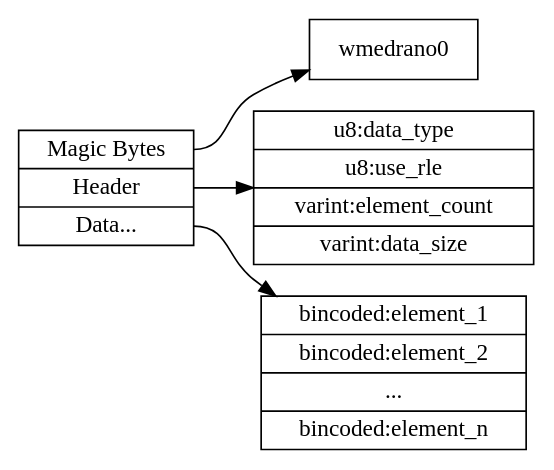
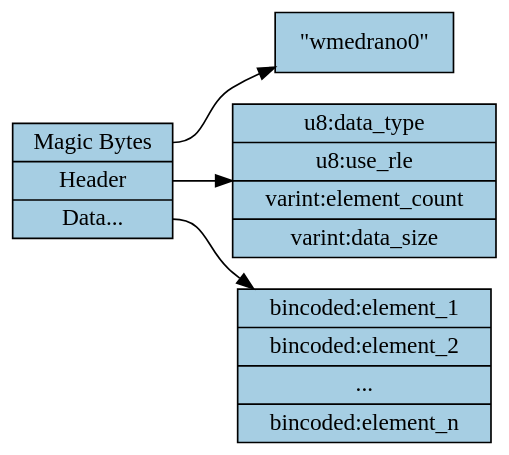
The third of 5 diagrams in wills-columnar-format.org (wmedrano/wills-columnar-format), drawn with Graphviz before and after one commit. The commit also changed other lines of this file and 9 other files, not shown here.

Commit message:
Add more diagrams.

```diff
--- a/wills-columnar-format.org
+++ b/wills-columnar-format.org
@@ -433,14 +489,15 @@
-#+begin_src dot :file format-overview.png :exports results :cache yes
+#+begin_src dot :file format-diagram.png :exports results :cache yes
   digraph FormatOverview {
-      node[shape=record];
+      bgcolor="transparent";
+      node[colorscheme=paired10, fillcolor=1, color=black, style=filled, shape=record, fontname="fira code"];
       rankdir=LR;
       overview[label="<magicbytes> Magic Bytes|<header>Header|<data>Data..."];
       overview:magicbytes -> magicbytes;
       overview:header -> header;
       overview:data -> data;
 
-      magicbytes[label="wmedrano0"];
+      magicbytes[label="\"wmedrano0\""];
       header[label="u8:data_type | u8:use_rle | varint:element_count | varint:data_size"];
-      data[label="bincoded:element_1 | bincoded:element_2 | ... | bincoded:element_n"];
+      data[label="bincoded:element_1|bincoded:element_2|...|bincoded:element_n"];
   }
 #+end_src
```
